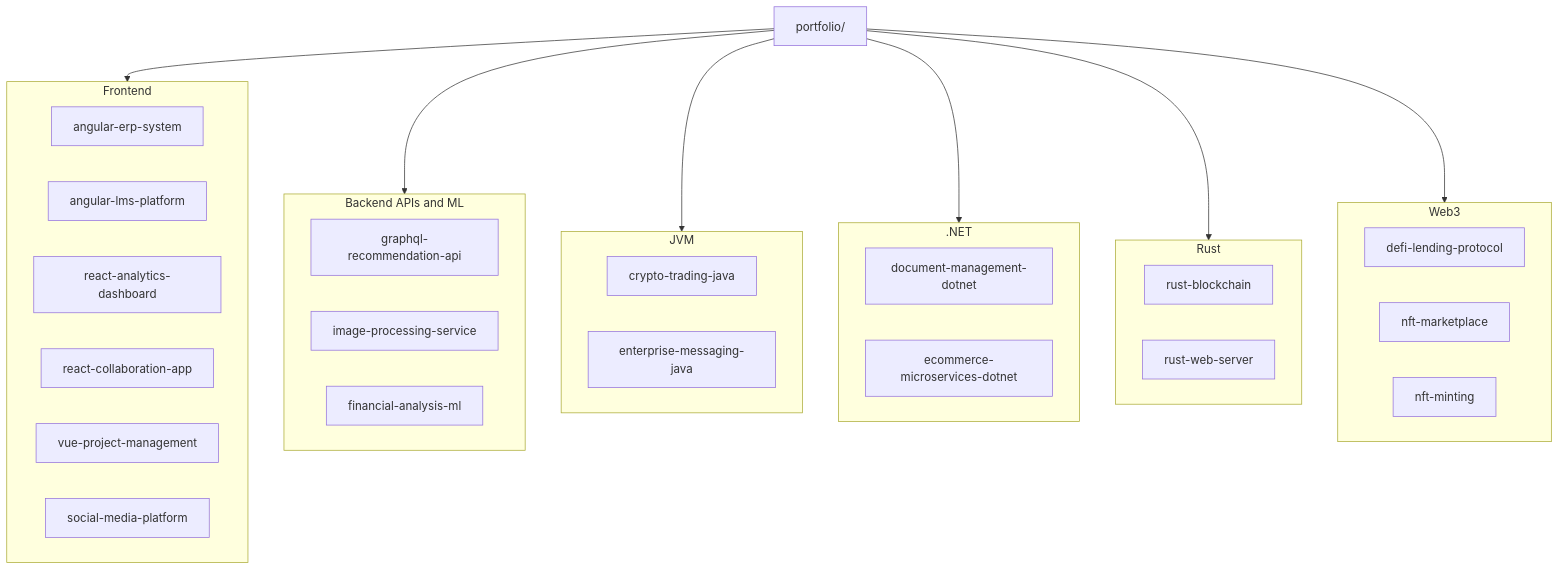
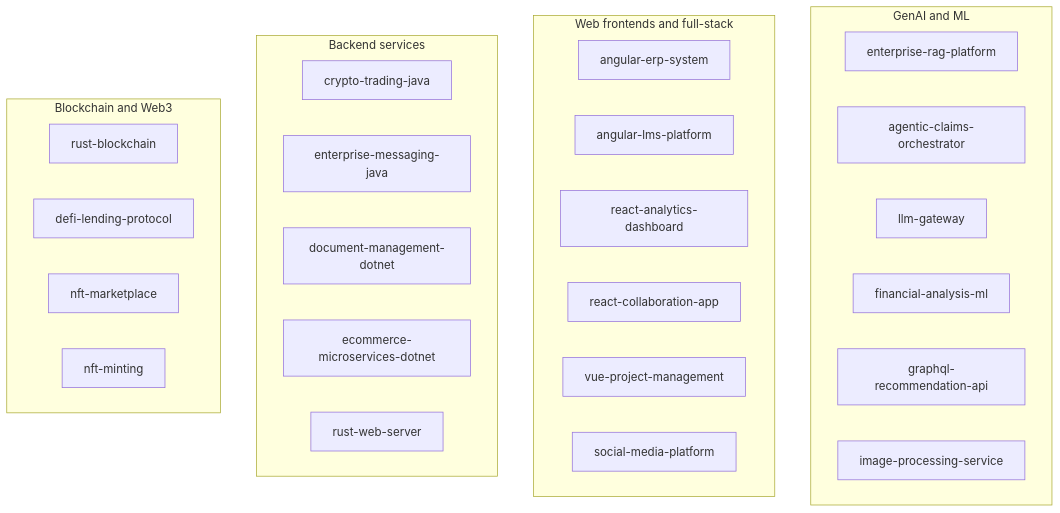
The second of 2 diagrams in README.md (oscar-rolando-alvarez/portfolio), drawn with Mermaid before and after one commit. The commit also changed other lines of this file and 5 other files, not shown here.

````diff
--- a/README.md
+++ b/README.md
@@ -20,47 +32,32 @@
 ```mermaid
 flowchart TB
-    Portfolio[portfolio/]
-
-    subgraph Frontend
-        A1[angular-erp-system]
-        A2[angular-lms-platform]
-        R1[react-analytics-dashboard]
-        R2[react-collaboration-app]
-        V1[vue-project-management]
-        S1[social-media-platform]
+    subgraph genai["GenAI and ML"]
+        rag["enterprise-rag-platform"]
+        agents["agentic-claims-orchestrator"]
+        gw["llm-gateway"]
+        fin["financial-analysis-ml"]
+        rec["graphql-recommendation-api"]
+        img["image-processing-service"]
     end
-
-    subgraph Backend_APIs [Backend APIs and ML]
-        G1[graphql-recommendation-api]
-        I1[image-processing-service]
-        F1[financial-analysis-ml]
+    subgraph web["Web frontends and full-stack"]
+        erp["angular-erp-system"]
+        lms["angular-lms-platform"]
+        dash["react-analytics-dashboard"]
+        collab["react-collaboration-app"]
+        pm["vue-project-management"]
+        social["social-media-platform"]
     end
-
-    subgraph JVM
-        J1[crypto-trading-java]
-        J2[enterprise-messaging-java]
+    subgraph services["Backend services"]
+        crypto["crypto-trading-java"]
+        msg["enterprise-messaging-java"]
+        docs["document-management-dotnet"]
+        shop["ecommerce-microservices-dotnet"]
+        rws["rust-web-server"]
     end
-
-    subgraph DotNet [.NET]
-        D1[document-management-dotnet]
-        D2[ecommerce-microservices-dotnet]
+    subgraph chain["Blockchain and Web3"]
+        rbc["rust-blockchain"]
+        defi["defi-lending-protocol"]
+        nftm["nft-marketplace"]
+        mint["nft-minting"]
     end
-
-    subgraph Rust
-        RS1[rust-blockchain]
-        RS2[rust-web-server]
-    end
-
-    subgraph Web3
-        W1[defi-lending-protocol]
-        W2[nft-marketplace]
-        W3[nft-minting]
-    end
-
-    Portfolio --> Frontend
-    Portfolio --> Backend_APIs
-    Portfolio --> JVM
-    Portfolio --> DotNet
-    Portfolio --> Rust
-    Portfolio --> Web3
 ```
````
